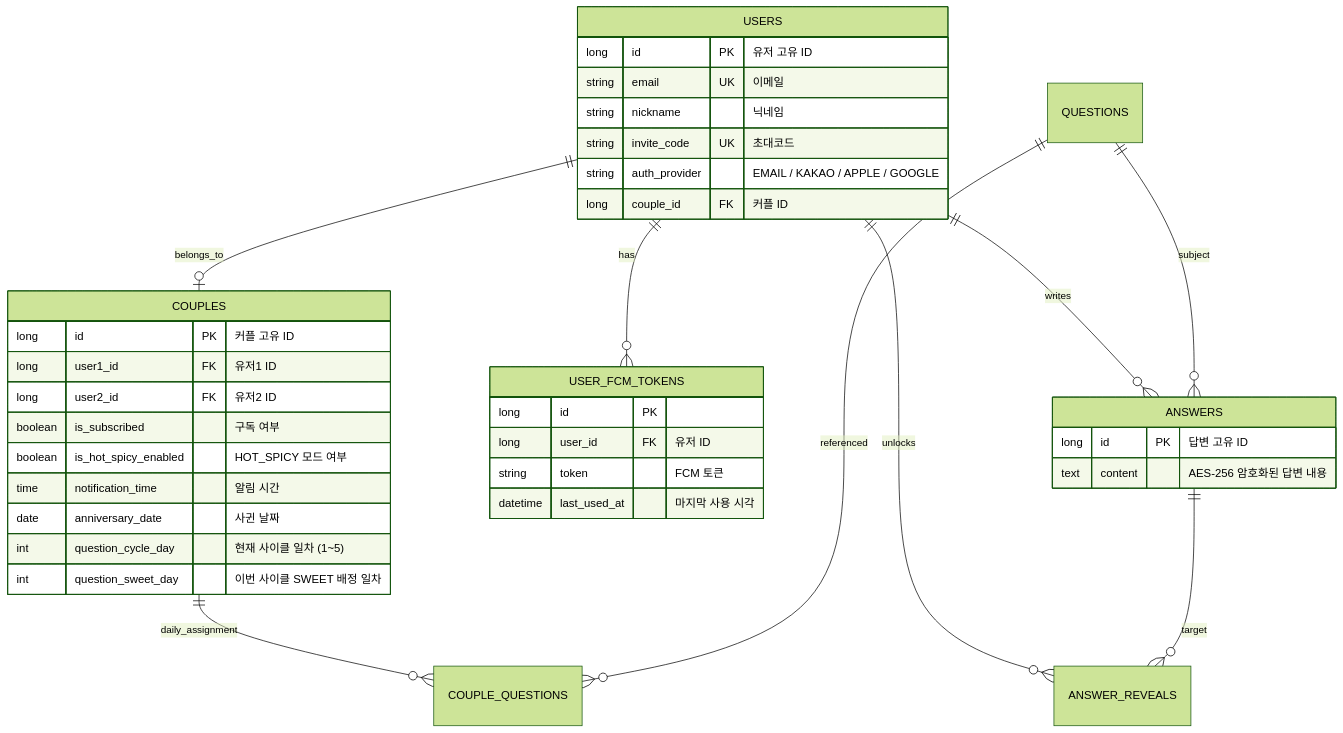
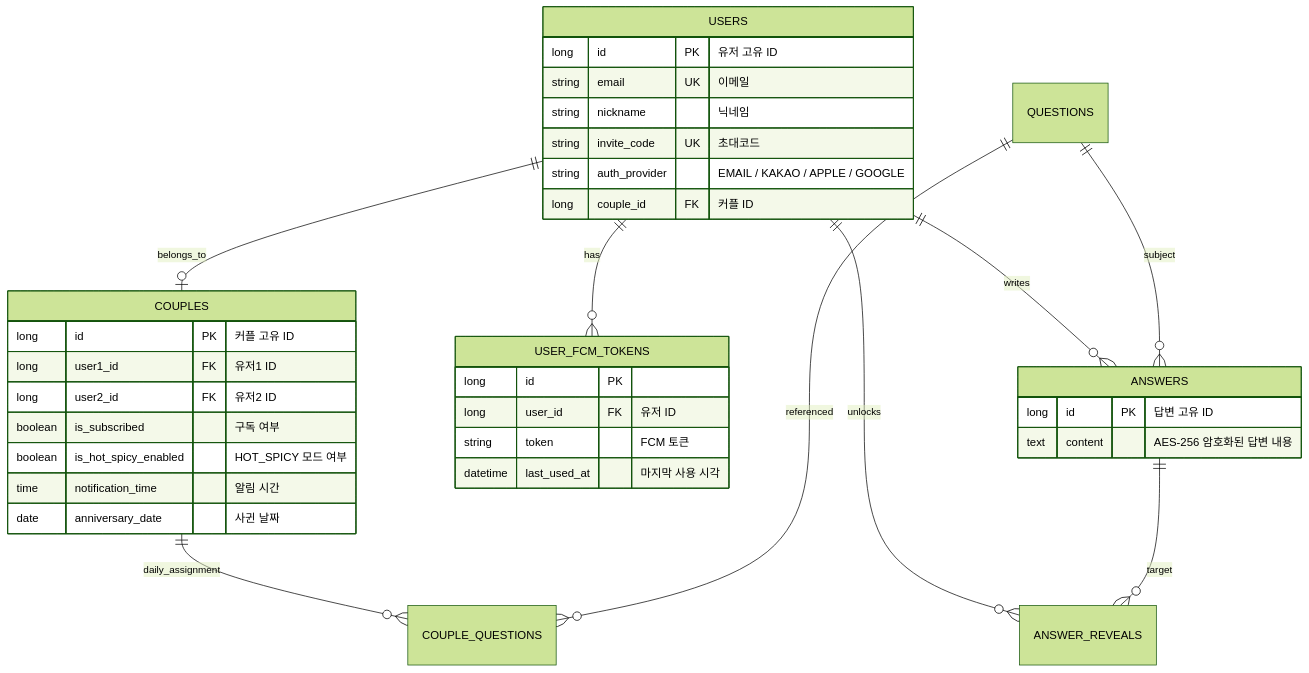
One commit to un-lock/unlock-backend changed the diagram in README.md. Above: the diagram before and after it, drawn with Mermaid (forest theme).

Commit message:
[docs] README ERD에서 사이클 관련 컬럼 제거

````diff
--- a/README.md
+++ b/README.md
@@ -65,41 +65,39 @@
 ```mermaid
 erDiagram
     USERS ||--o| COUPLES : "belongs_to"
     USERS ||--o{ USER_FCM_TOKENS : "has"
     COUPLES ||--o{ COUPLE_QUESTIONS : "daily_assignment"
     QUESTIONS ||--o{ COUPLE_QUESTIONS : "referenced"
     USERS ||--o{ ANSWERS : "writes"
     QUESTIONS ||--o{ ANSWERS : "subject"
     USERS ||--o{ ANSWER_REVEALS : "unlocks"
     ANSWERS ||--o{ ANSWER_REVEALS : "target"
 
     USERS {
         long id PK "유저 고유 ID"
         string email UK "이메일"
         string nickname "닉네임"
         string invite_code UK "초대코드"
         string auth_provider "EMAIL / KAKAO / APPLE / GOOGLE"
         long couple_id FK "커플 ID"
     }
     USER_FCM_TOKENS {
         long id PK
         long user_id FK "유저 ID"
         string token "FCM 토큰"
         datetime last_used_at "마지막 사용 시각"
     }
     COUPLES {
         long id PK "커플 고유 ID"
         long user1_id FK "유저1 ID"
         long user2_id FK "유저2 ID"
         boolean is_subscribed "구독 여부"
         boolean is_hot_spicy_enabled "HOT_SPICY 모드 여부"
         time notification_time "알림 시간"
         date anniversary_date "사귄 날짜"
-        int question_cycle_day "현재 사이클 일차 (1~5)"
-        int question_sweet_day "이번 사이클 SWEET 배정 일차"
     }
     ANSWERS {
         long id PK "답변 고유 ID"
         text content "AES-256 암호화된 답변 내용"
     }
 ```
````
